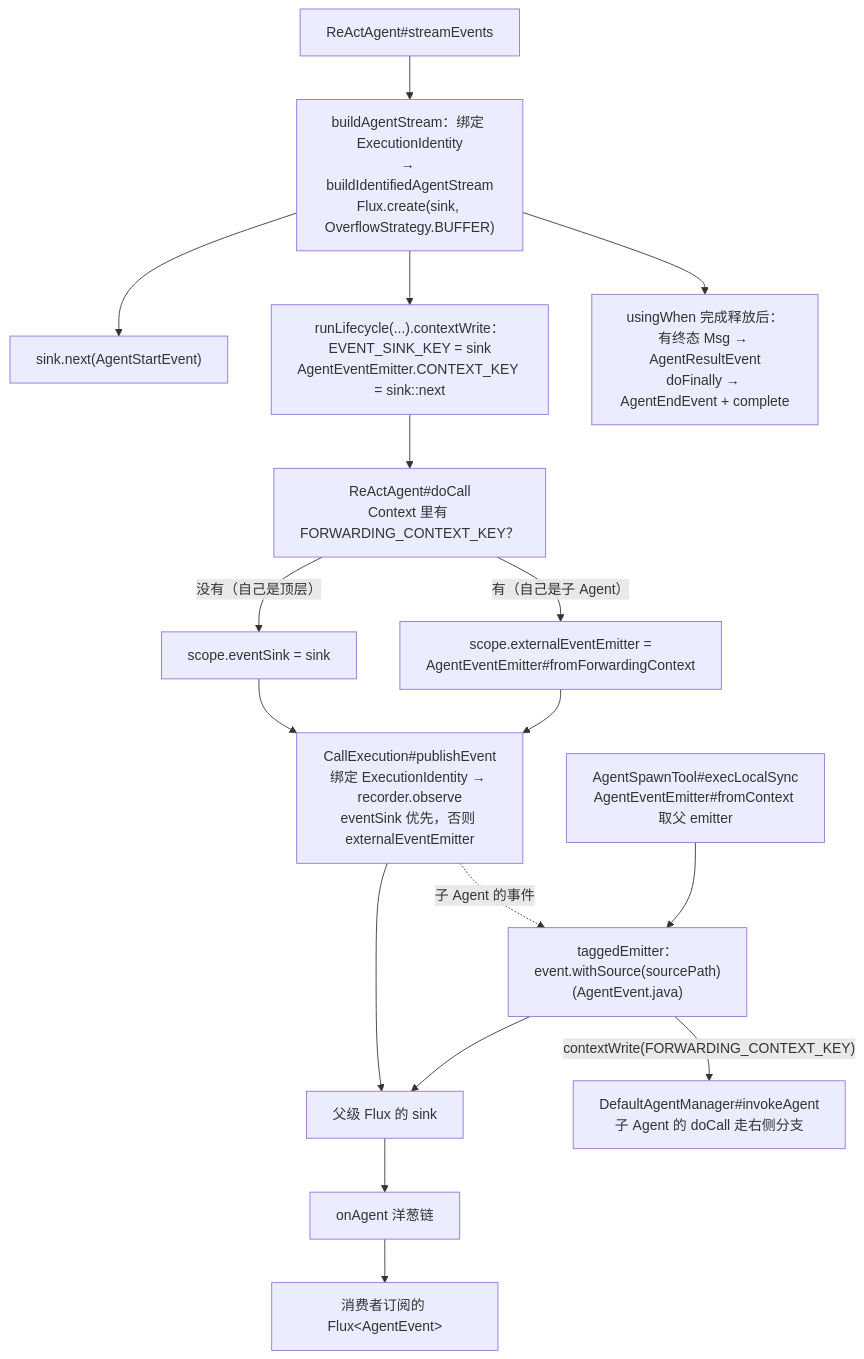
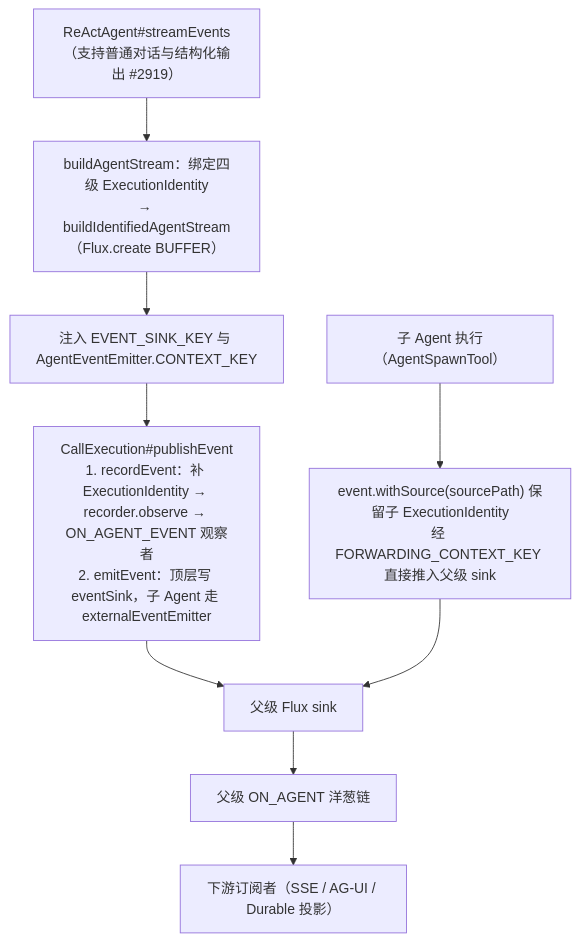
Before and after one commit to liulangjietou/AgentScope-source-analysis: the second of 2 diagrams in 06-Middleware与事件流.md, drawn with Mermaid. The commit also changed other lines of this file and 14 other files, not shown here.

First line of the commit message:
docs: sync source guide and SVG panoramas to upstream main 80926f92

````diff
--- a/06-Middleware与事件流.md
+++ b/06-Middleware与事件流.md
@@ -223,18 +91,10 @@
 ```mermaid
 flowchart TB
-    SE["ReActAgent#streamEvents"] --> BAS["buildAgentStream：绑定 ExecutionIdentity<br/>→ buildIdentifiedAgentStream<br/>Flux.create(sink, OverflowStrategy.BUFFER)"]
-    BAS --> START["sink.next(AgentStartEvent)"]
-    BAS --> CW["runLifecycle(...).contextWrite：<br/>EVENT_SINK_KEY = sink<br/>AgentEventEmitter.CONTEXT_KEY = sink::next"]
-    CW --> DC["ReActAgent#doCall<br/>Context 里有 FORWARDING_CONTEXT_KEY？"]
-    DC -->|"没有（自己是顶层）"| BIND1["scope.eventSink = sink"]
-    DC -->|"有（自己是子 Agent）"| BIND2["scope.externalEventEmitter =<br/>AgentEventEmitter#fromForwardingContext"]
-    BIND1 --> PUB["CallExecution#publishEvent<br/>绑定 ExecutionIdentity → recorder.observe<br/>eventSink 优先，否则 externalEventEmitter"]
-    BIND2 --> PUB
-    PUB --> SINK["父级 Flux 的 sink"]
-    PUB -.->|"子 Agent 的事件"| TAG
-    SPAWN["AgentSpawnTool#execLocalSync<br/>AgentEventEmitter#fromContext 取父 emitter"] --> TAG["taggedEmitter：event.withSource(sourcePath)<br/>(AgentEvent.java)"]
-    TAG -->|"contextWrite(FORWARDING_CONTEXT_KEY)"| CHILD["DefaultAgentManager#invokeAgent<br/>子 Agent 的 doCall 走右侧分支"]
+    SE["ReActAgent#streamEvents（支持普通对话与结构化输出 #2919）"] --> BAS["buildAgentStream：绑定四级 ExecutionIdentity<br/>→ buildIdentifiedAgentStream（Flux.create BUFFER）"]
+    BAS --> CW["注入 EVENT_SINK_KEY 与 AgentEventEmitter.CONTEXT_KEY"]
+    CW --> PUB["CallExecution#publishEvent<br/>1. recordEvent：补 ExecutionIdentity → recorder.observe → ON_AGENT_EVENT 观察者<br/>2. emitEvent：顶层写 eventSink，子 Agent 走 externalEventEmitter"]
+    SPAWN["子 Agent 执行（AgentSpawnTool）"] --> TAG["event.withSource(sourcePath) 保留子 ExecutionIdentity<br/>经 FORWARDING_CONTEXT_KEY 直接推入父级 sink"]
+    PUB --> SINK["父级 Flux sink"]
     TAG --> SINK
-    BAS --> DONE["usingWhen 完成释放后：<br/>有终态 Msg → AgentResultEvent<br/>doFinally → AgentEndEvent + complete"]
-    SINK --> MW["onAgent 洋葱链"] --> CONSUMER["消费者订阅的 Flux&lt;AgentEvent&gt;"]
+    SINK --> OAMW["父级 ON_AGENT 洋葱链"] --> SUB["下游订阅者（SSE / AG-UI / Durable 投影）"]
 ```
````
